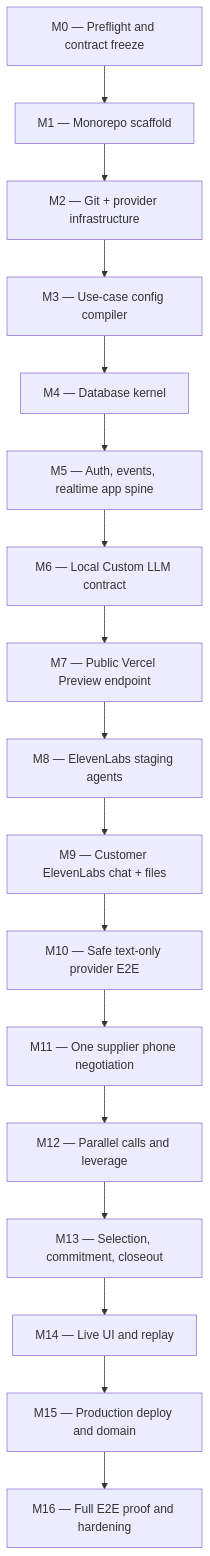
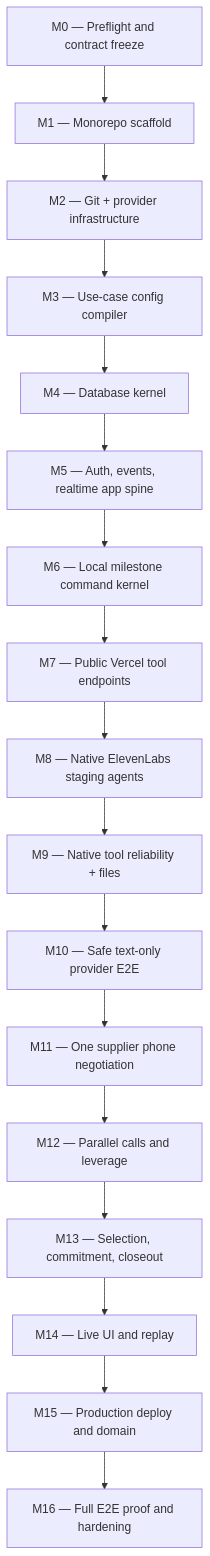
One commit to ralfboltshauser/hack-nation-2026_pacta changed the diagram in docs/implementation-plan.md. Above: the diagram before and after it, drawn with Mermaid. The commit also changed other lines of this file and 102 other files, not shown here.

````diff
--- a/docs/implementation-plan.md
+++ b/docs/implementation-plan.md
@@ -71,19 +71,19 @@
 ```mermaid
 flowchart TD
     M0["M0 — Preflight and contract freeze"] --> M1["M1 — Monorepo scaffold"]
     M1 --> M2["M2 — Git + provider infrastructure"]
     M2 --> M3["M3 — Use-case config compiler"]
     M3 --> M4["M4 — Database kernel"]
     M4 --> M5["M5 — Auth, events, realtime app spine"]
-    M5 --> M6["M6 — Local Custom LLM contract"]
-    M6 --> M7["M7 — Public Vercel Preview endpoint"]
-    M7 --> M8["M8 — ElevenLabs staging agents"]
-    M8 --> M9["M9 — Customer ElevenLabs chat + files"]
+    M5 --> M6["M6 — Local milestone command kernel"]
+    M6 --> M7["M7 — Public Vercel tool endpoints"]
+    M7 --> M8["M8 — Native ElevenLabs staging agents"]
+    M8 --> M9["M9 — Native tool reliability + files"]
     M9 --> M10["M10 — Safe text-only provider E2E"]
     M10 --> M11["M11 — One supplier phone negotiation"]
     M11 --> M12["M12 — Parallel calls and leverage"]
     M12 --> M13["M13 — Selection, commitment, closeout"]
     M13 --> M14["M14 — Live UI and replay"]
     M14 --> M15["M15 — Production deploy and domain"]
     M15 --> M16["M16 — Full E2E proof and hardening"]
 ```
````
